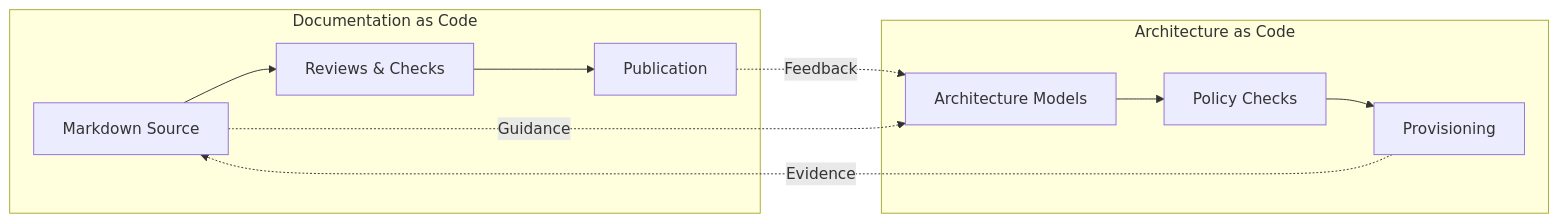
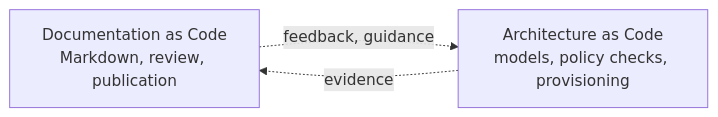
One commit to Geonitab/architecture_as_code changed the diagram in docs/images/diagram_22_tool_alignment.mmd. Above: the diagram before and after it, drawn with Mermaid. The commit also changed 56 other files, not shown here.

First line of the commit message:
Make Mermaid figures legible: fewer elements, narrower, one message each

```diff
--- a/docs/images/diagram_22_tool_alignment.mmd
+++ b/docs/images/diagram_22_tool_alignment.mmd
@@ -1,17 +1,8 @@
 %% Documentation and architecture alignment feedback loop
 %% Maintains the textual source for Figure 22.3.
 
 flowchart LR
-    subgraph Documentation_as_Code[Documentation as Code]
-        Docs[Markdown Source]:::kv-primary --> Reviews[Reviews & Checks]:::kv-highlight
-        Reviews --> Publish[Publication]:::kv-accent
-    end
-
-    subgraph Architecture_as_Code[Architecture as Code]
-        Models[Architecture Models]:::kv-primary --> Policies[Policy Checks]:::kv-highlight
-        Policies --> Provision[Provisioning]:::kv-accent
-    end
-
-    Publish -.Feedback.-> Models
-    Provision -.Evidence.-> Docs
-    Docs -.Guidance.-> Models
+    Docs["Documentation as Code<br/>Markdown, review, publication"]:::kv-highlight
+    Models["Architecture as Code<br/>models, policy checks, provisioning"]:::kv-primary
+    Docs -. "feedback, guidance" .-> Models
+    Models -. "evidence" .-> Docs
```
